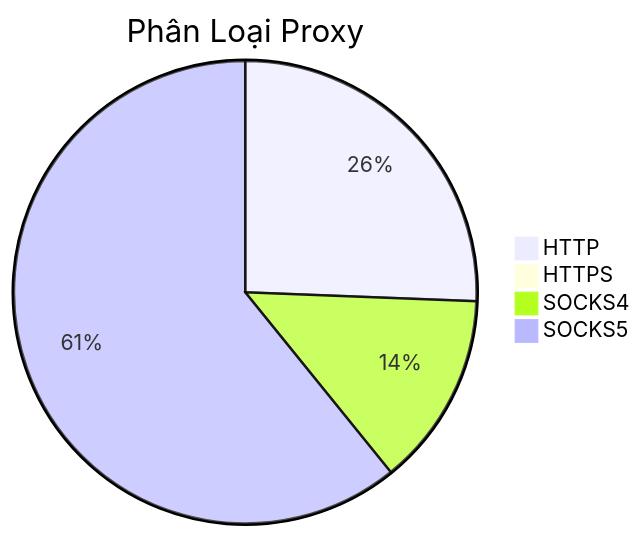
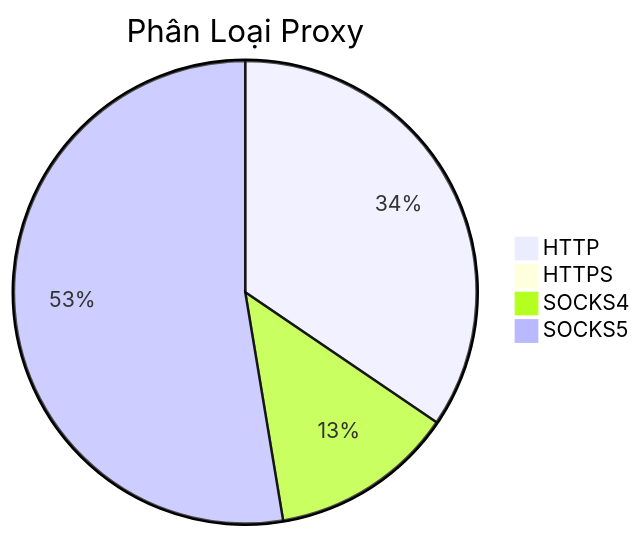
The diagram in README.md (Ciara-Aa/PROXY-free), drawn with Mermaid before and after one commit. The commit also changed other lines of this file and 4 other files, not shown here.

````diff
--- a/README.md
+++ b/README.md
@@ -26,7 +26,7 @@
 ```mermaid
 pie title Phân Loại Proxy
-    "HTTP" : 569
-    "HTTPS" : 3
-    "SOCKS4" : 301
-    "SOCKS5" : 1351
+    "HTTP" : 718
+    "HTTPS" : 2
+    "SOCKS4" : 268
+    "SOCKS5" : 1095
 ```
````
